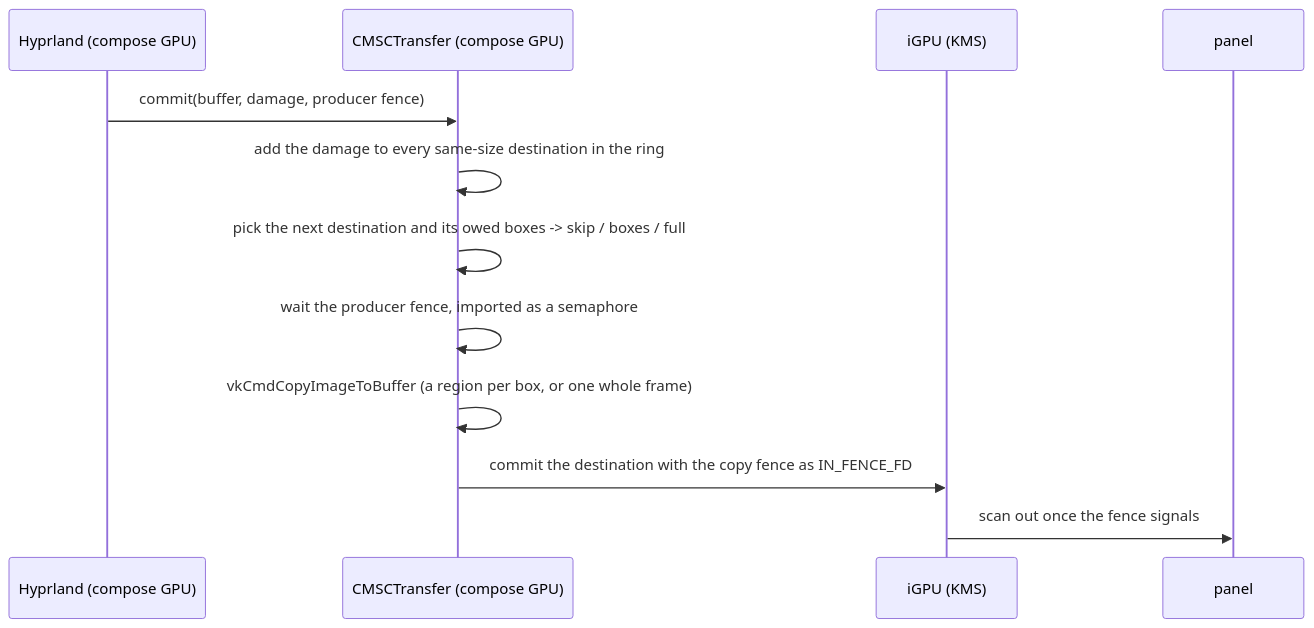
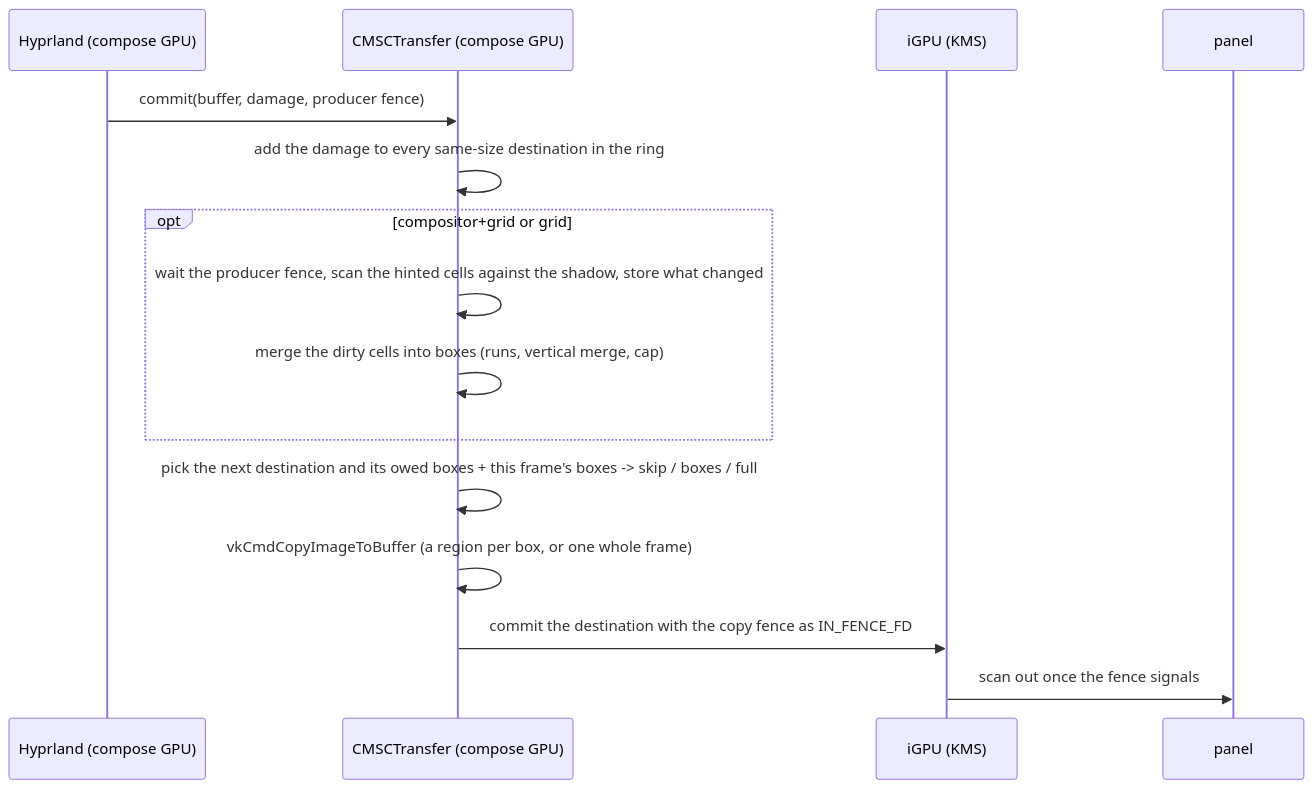
Before and after one commit to noonomyen/hypr-aquamarine-msc: the second of 2 diagrams in PATCHES.md, drawn with Mermaid. The commit also changed other lines of this file and 8 other files, not shown here.

First line of the commit message:
drm: msc: add a grid damage scan

````diff
--- a/PATCHES.md
+++ b/PATCHES.md
@@ -80,14 +85,17 @@
 ```mermaid
 sequenceDiagram
   participant H as Hyprland (compose GPU)
   participant M as CMSCTransfer (compose GPU)
   participant G as iGPU (KMS)
   participant P as panel
   H->>M: commit(buffer, damage, producer fence)
   M->>M: add the damage to every same-size destination in the ring
-  M->>M: pick the next destination and its owed boxes -> skip / boxes / full
-  M->>M: wait the producer fence, imported as a semaphore
+  opt compositor+grid or grid
+    M->>M: wait the producer fence, scan the hinted cells against the shadow, store what changed
+    M->>M: merge the dirty cells into boxes (runs, vertical merge, cap)
+  end
+  M->>M: pick the next destination and its owed boxes + this frame's boxes -> skip / boxes / full
   M->>M: vkCmdCopyImageToBuffer (a region per box, or one whole frame)
   M->>G: commit the destination with the copy fence as IN_FENCE_FD
   G->>P: scan out once the fence signals
 ```
````
